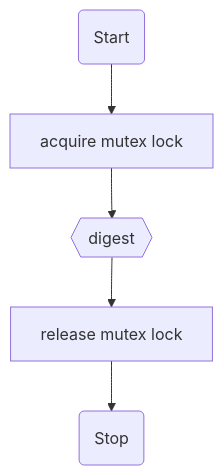
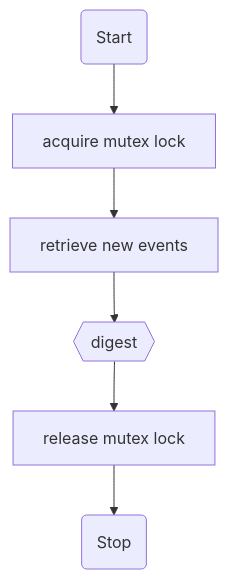
The diagram in libs/node-client/docs/reload.md (HighOutputVentures/labs-arque), drawn with Mermaid before and after one commit. The commit also changed 11 other files, not shown here.

````diff
--- a/libs/node-client/docs/reload.md
+++ b/libs/node-client/docs/reload.md
@@ -1,7 +1,8 @@
 ```mermaid
 flowchart TB
   A(Start) --> B[acquire mutex lock]
-  B --> C{{digest}}
-  C --> D[release mutex lock]
-  D --> E(Stop)
+  B --> C[retrieve new events]
+  C --> D{{digest}}
+  D --> E[release mutex lock]
+  E --> F(Stop)
 ```
````
